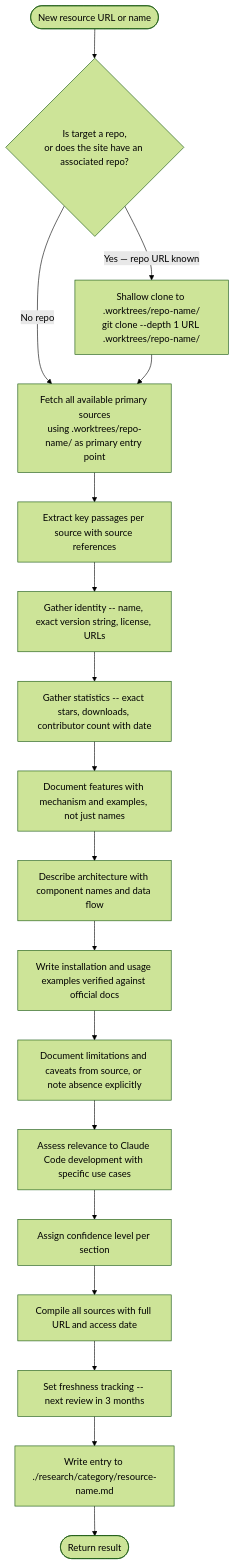
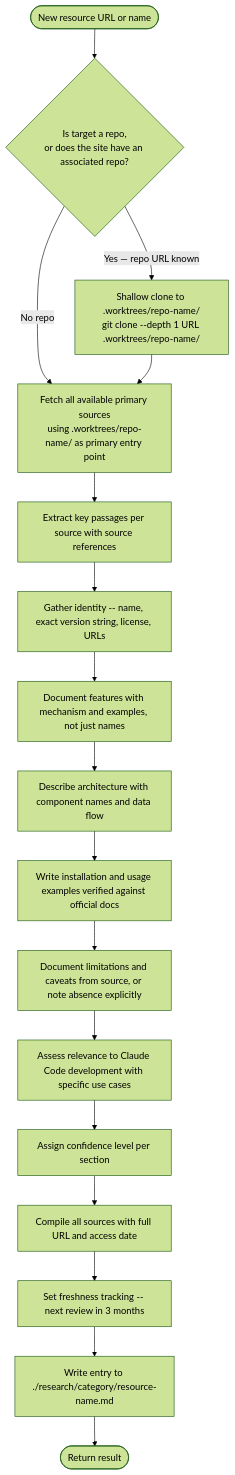
Before and after one commit to Jamie-BitFlight/claude_skills: the second of 2 diagrams in .claude/agents/research-curator.md, drawn with Mermaid (forest theme). The commit also changed other lines of this file and 16 other files, not shown here.

Commit message:
fix(research-curator): tested repo-access procedure, duplicate-detection gap, entry-template schema (#2723)

````diff
--- a/.claude/agents/research-curator.md
+++ b/.claude/agents/research-curator.md
@@ -395,20 +408,19 @@
 ```mermaid
 flowchart TD
     Start([New resource URL or name]) --> CloneCheck{Is target a repo,<br>or does the site have an associated repo?}
     CloneCheck -->|"Yes — repo URL known"| ShallowClone["Shallow clone to .worktrees/repo-name/<br>git clone --depth 1 URL .worktrees/repo-name/"]
     CloneCheck -->|"No repo"| Fetch[Fetch all available primary sources]
     ShallowClone --> Fetch[Fetch all available primary sources<br>using .worktrees/repo-name/ as primary entry point]
     Fetch --> Extract[Extract key passages per source with source references]
     Extract --> Metadata[Gather identity -- name, exact version string, license, URLs]
-    Metadata --> Stats[Gather statistics -- exact stars, downloads, contributor count with date]
-    Stats --> Features[Document features with mechanism and examples, not just names]
+    Metadata --> Features[Document features with mechanism and examples, not just names]
     Features --> Architecture[Describe architecture with component names and data flow]
     Architecture --> Usage[Write installation and usage examples verified against official docs]
     Usage --> Limitations[Document limitations and caveats from source, or note absence explicitly]
     Limitations --> Relevance[Assess relevance to Claude Code development with specific use cases]
     Relevance --> Confidence[Assign confidence level per section]
     Confidence --> References[Compile all sources with full URL and access date]
     References --> Freshness[Set freshness tracking -- next review in 3 months]
     Freshness --> WriteFile[Write entry to ./research/category/resource-name.md]
     WriteFile --> Done([Return result])
 ```
````
